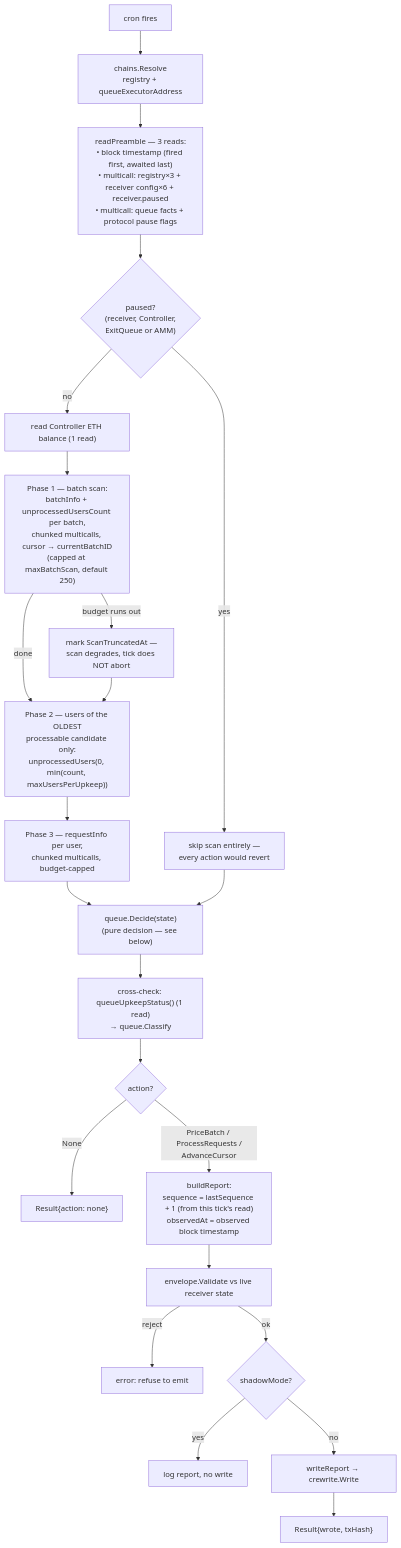
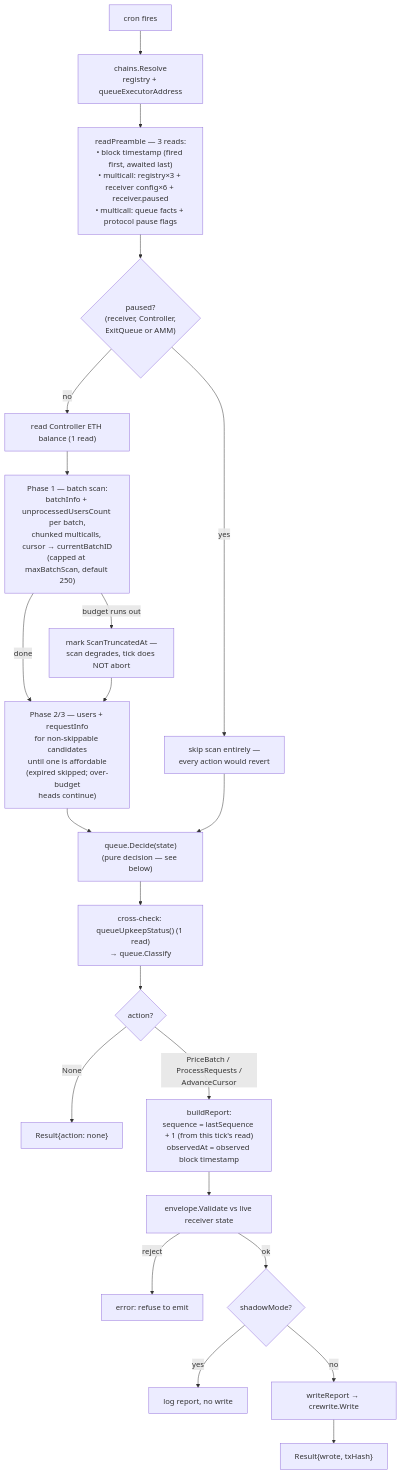
Before and after one commit to everstrat-xyz/keepers: the first of 6 diagrams in blueprints/02-w1-queue-keeper.md, drawn with Mermaid. The commit also changed 16 other files, not shown here.

````diff
--- a/blueprints/02-w1-queue-keeper.md
+++ b/blueprints/02-w1-queue-keeper.md
@@ -9,30 +9,29 @@
 ```mermaid
 flowchart TB
     T["cron fires"] --> RES["chains.Resolve<br/>registry + queueExecutorAddress"]
     RES --> PRE["readPreamble — 3 reads:<br/>• block timestamp (fired first, awaited last)<br/>• multicall: registry×3 + receiver config×6 + receiver.paused<br/>• multicall: queue facts + protocol pause flags"]
 
     PRE --> PAU{"paused?<br/>(receiver, Controller,<br/>ExitQueue or AMM)"}
     PAU -- "yes" --> SKIP["skip scan entirely —<br/>every action would revert"]
     PAU -- "no" --> BAL["read Controller ETH balance (1 read)"]
 
     BAL --> P1["Phase 1 — batch scan:<br/>batchInfo + unprocessedUsersCount per batch,<br/>chunked multicalls, cursor → currentBatchID<br/>(capped at maxBatchScan, default 250)"]
     P1 -- "budget runs out" --> TR["mark ScanTruncatedAt —<br/>scan degrades, tick does NOT abort"]
     P1 -- "done" --> P2
-    TR --> P2["Phase 2 — users of the OLDEST<br/>processable candidate only:<br/>unprocessedUsers(0, min(count, maxUsersPerUpkeep))"]
-    P2 --> P3["Phase 3 — requestInfo per user,<br/>chunked multicalls, budget-capped"]
-    P3 --> DEC
+    TR --> P2["Phase 2/3 — users + requestInfo<br/>for non-skippable candidates<br/>until one is affordable<br/>(expired skipped; over-budget<br/>heads continue)"]
+    P2 --> DEC
     SKIP --> DEC
 
     DEC["queue.Decide(state)<br/>(pure decision — see below)"]
     DEC --> XC["cross-check: queueUpkeepStatus() (1 read)<br/>→ queue.Classify"]
     XC --> OUT{"action?"}
 
     OUT -- "None" --> R0["Result{action: none}"]
     OUT -- "PriceBatch / ProcessRequests /<br/>AdvanceCursor" --> BUILD["buildReport:<br/>sequence = lastSequence + 1 (from this tick's read)<br/>observedAt = observed block timestamp"]
     BUILD --> VAL["envelope.Validate vs live receiver state"]
     VAL -- "reject" --> ERR["error: refuse to emit"]
     VAL -- "ok" --> SH{"shadowMode?"}
     SH -- "yes" --> LOG["log report, no write"]
     SH -- "no" --> W["writeReport → crewrite.Write"]
     W --> OK["Result{wrote, txHash}"]
 ```
````
